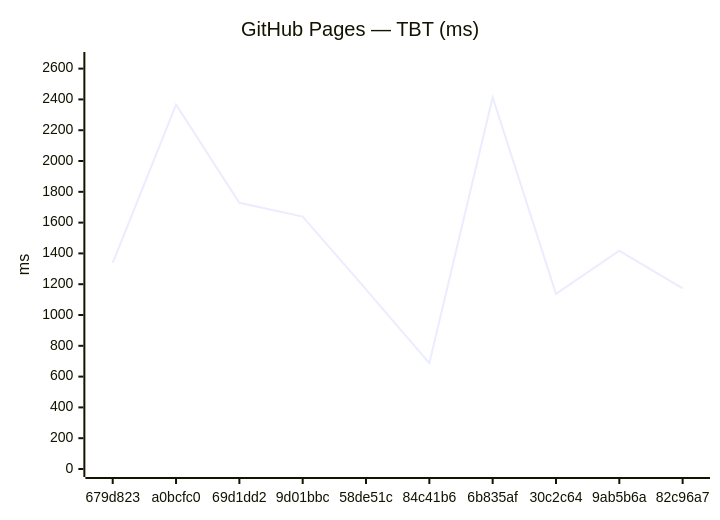
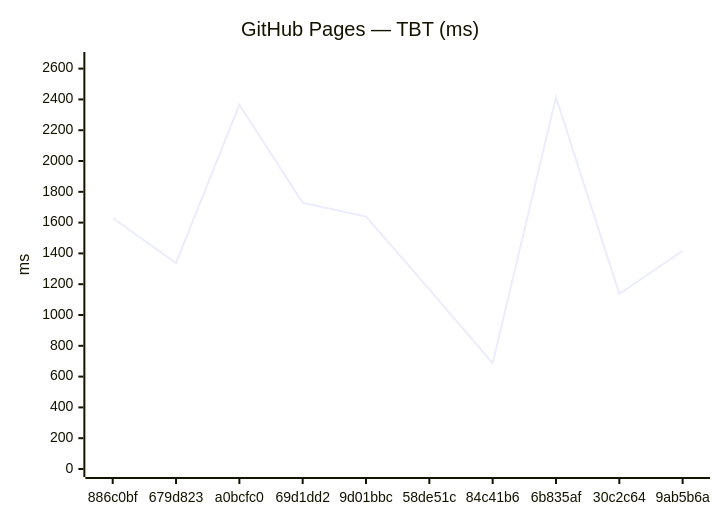
One commit to Metaheurist/Rianell changed the fourth of 12 diagrams in benchmarks/compare.md. Above: the diagram before and after it, drawn with Mermaid. The commit also changed other lines of this file and 8 other files, not shown here.

````diff
--- a/benchmarks/compare.md
+++ b/benchmarks/compare.md
@@ -61,7 +61,7 @@
 ```mermaid
 xychart-beta
     title "GitHub Pages — TBT (ms)"
-    x-axis ["679d823", "a0bcfc0", "69d1dd2", "9d01bbc", "58de51c", "84c41b6", "6b835af", "30c2c64", "9ab5b6a", "82c96a7"]
+    x-axis ["886c0bf", "679d823", "a0bcfc0", "69d1dd2", "9d01bbc", "58de51c", "84c41b6", "6b835af", "30c2c64", "9ab5b6a"]
     y-axis "ms" 0 --> 2656
-    line [1338, 2366, 1729, 1639, 1166, 687, 2414, 1137, 1417, 1173]
+    line [1630, 1338, 2366, 1729, 1639, 1166, 687, 2414, 1137, 1417]
 ```
````
